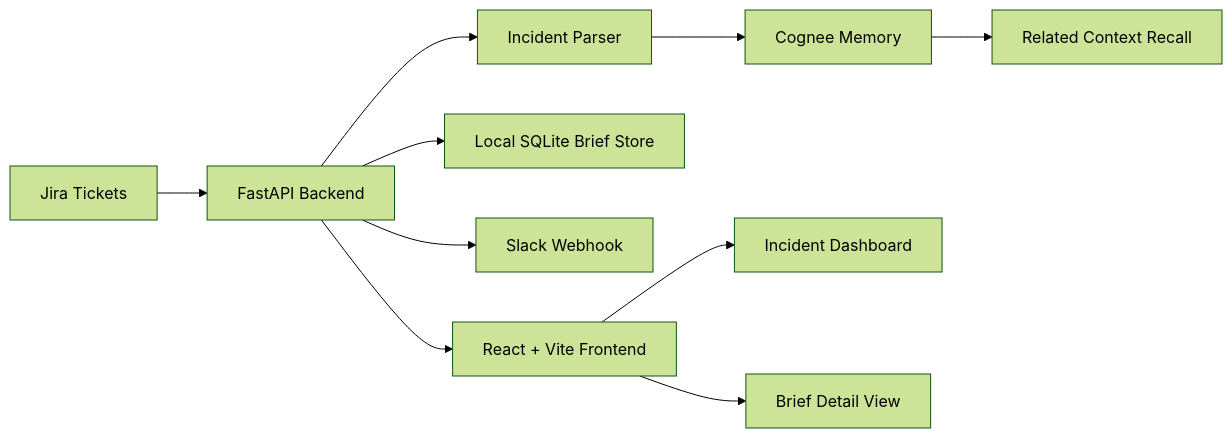
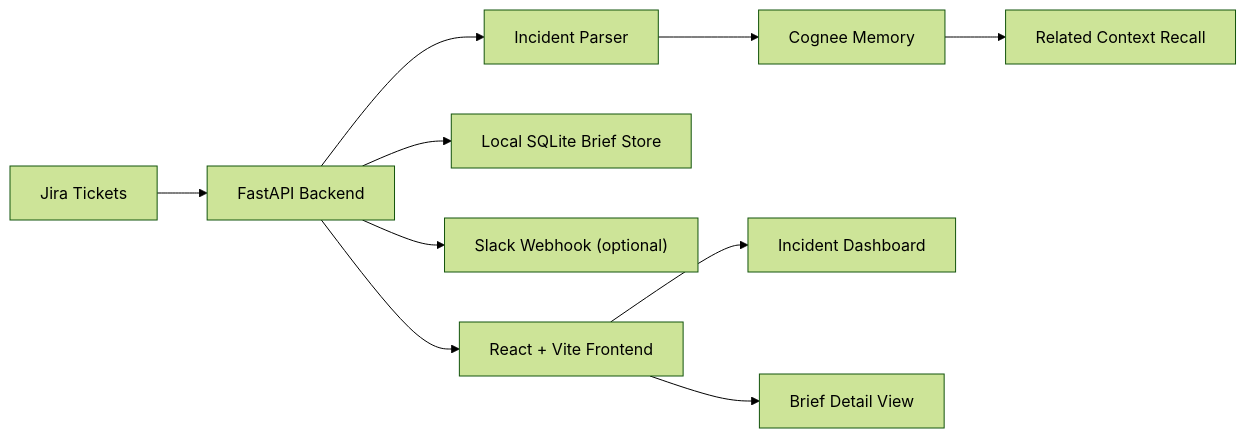
Before and after one commit to Ash-jo121/Throughline: the diagram in README.md, drawn with Mermaid (forest theme). The commit also changed other lines of this file, not shown here.

First line of the commit message:
Enhance README with updated recall actions and demo flow

````diff
--- a/README.md
+++ b/README.md
@@ -51,12 +53,12 @@
 ```mermaid
 flowchart LR
     Jira["Jira Tickets"] --> API["FastAPI Backend"]
     API --> Parser["Incident Parser"]
     Parser --> Cognee["Cognee Memory"]
     Cognee --> Recall["Related Context Recall"]
     API --> DB["Local SQLite Brief Store"]
-    API --> Slack["Slack Webhook"]
+    API --> Slack["Slack Webhook (optional)"]
     API --> UI["React + Vite Frontend"]
     UI --> Dashboard["Incident Dashboard"]
     UI --> Brief["Brief Detail View"]
 ```
````
